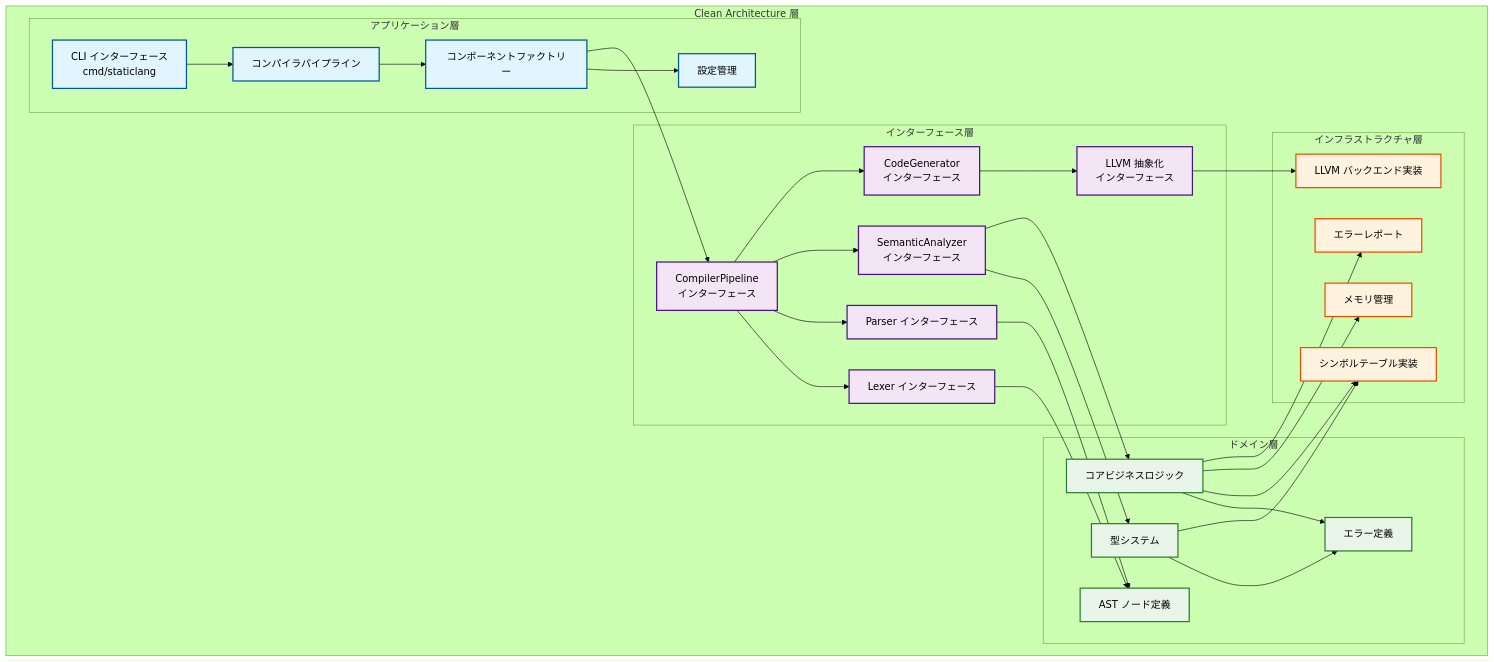
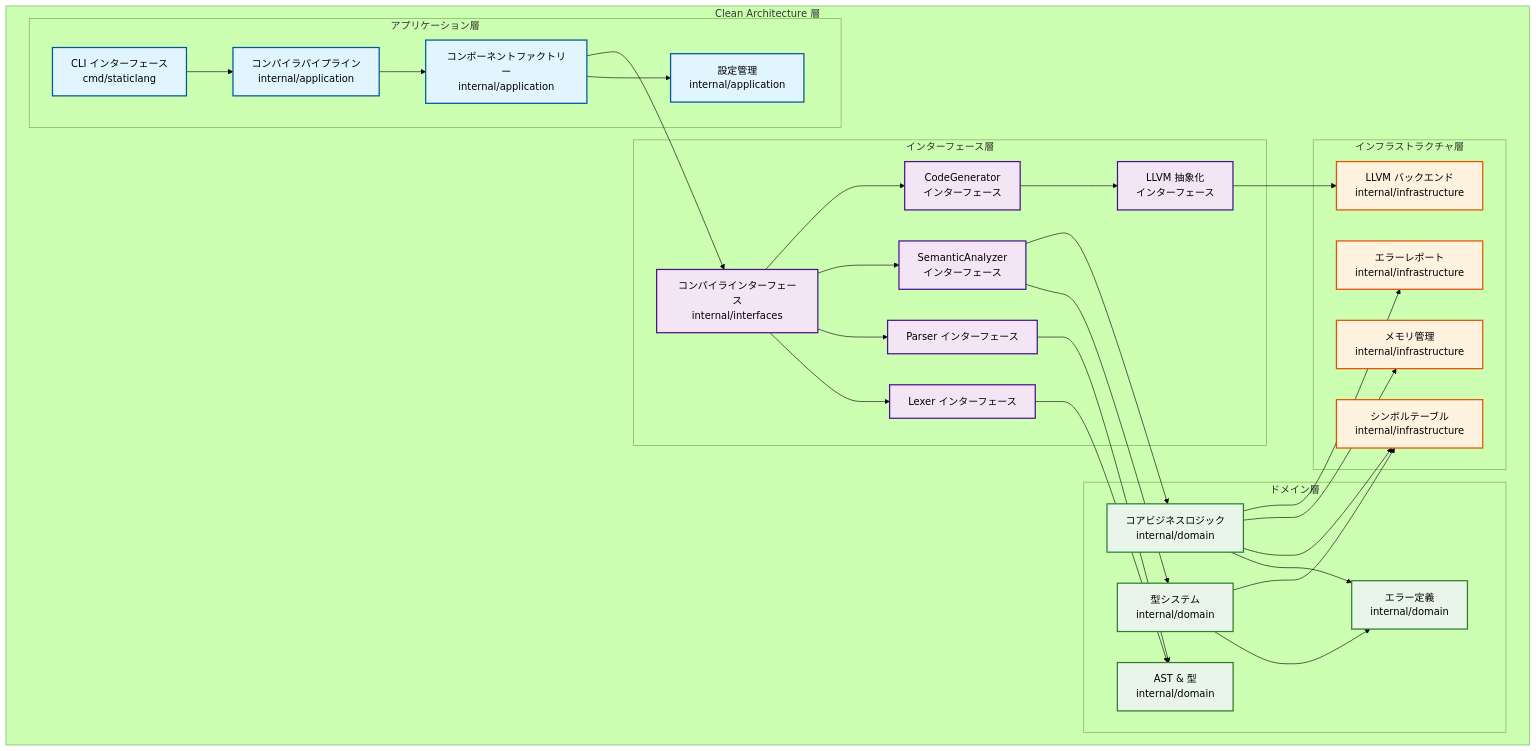
The first of 7 diagrams in ARCHITECTURE_jp.md (sokoide/llvm5), drawn with Mermaid (forest theme) before and after one commit. The commit also changed other lines of this file and 1 other file, not shown here.

Commit message:
update: ARCHITECTURE*.md

````diff
--- a/ARCHITECTURE_jp.md
+++ b/ARCHITECTURE_jp.md
@@ -9,70 +9,70 @@
 ```mermaid
 graph TB
     subgraph "Clean Architecture 層"
 
         subgraph "アプリケーション層"
             CLI["CLI インターフェース<br/>cmd/staticlang"]
-            Pipeline["コンパイラパイプライン"]
-            Factory["コンポーネントファクトリー"]
-            Config["設定管理"]
+            Pipeline["コンパイラパイプライン<br/>internal/application"]
+            Factory["コンポーネントファクトリー<br/>internal/application"]
+            Config["設定管理<br/>internal/application"]
         end
 
         subgraph "インターフェース層"
-            CompilerIntf["CompilerPipeline<br/>インターフェース"]
+            CompilerIntf["コンパイラインターフェース<br/>internal/interfaces"]
             LexerIntf["Lexer インターフェース"]
             ParserIntf["Parser インターフェース"]
             AnalyzerIntf["SemanticAnalyzer<br/>インターフェース"]
             GeneratorIntf["CodeGenerator<br/>インターフェース"]
             LLVMIntf["LLVM 抽象化<br/>インターフェース"]
         end
 
         subgraph "ドメイン層"
-            AST["AST ノード定義"]
-            TypeSystem["型システム"]
-            BusinessLogic["コアビジネスロジック"]
-            ErrorDefs["エラー定義"]
+            AST["AST & 型<br/>internal/domain"]
+            TypeSystem["型システム<br/>internal/domain"]
+            BusinessLogic["コアビジネスロジック<br/>internal/domain"]
+            ErrorDefs["エラー定義<br/>internal/domain"]
         end
 
         subgraph "インフラストラクチャ層"
-            LLVMBackend["LLVM バックエンド実装"]
-            SymbolTable["シンボルテーブル実装"]
-            MemoryMgr["メモリ管理"]
-            ErrorReporter["エラーレポート"]
+            LLVMBackend["LLVM バックエンド<br/>internal/infrastructure"]
+            SymbolTable["シンボルテーブル<br/>internal/infrastructure"]
+            MemoryMgr["メモリ管理<br/>internal/infrastructure"]
+            ErrorReporter["エラーレポート<br/>internal/infrastructure"]
         end
 
         CLI --> Pipeline
         Pipeline --> Factory
         Factory --> Config
 
         Factory --> CompilerIntf
         CompilerIntf --> LexerIntf
         CompilerIntf --> ParserIntf
         CompilerIntf --> AnalyzerIntf
         CompilerIntf --> GeneratorIntf
 
         LexerIntf --> AST
         ParserIntf --> AST
         AnalyzerIntf --> TypeSystem
         AnalyzerIntf --> BusinessLogic
         GeneratorIntf --> LLVMIntf
 
         TypeSystem --> ErrorDefs
         BusinessLogic --> ErrorDefs
 
         LLVMIntf --> LLVMBackend
         TypeSystem --> SymbolTable
         BusinessLogic --> SymbolTable
         BusinessLogic --> MemoryMgr
         BusinessLogic --> ErrorReporter
 
         classDef applicationLayer fill:#e1f5fe,stroke:#01579b,stroke-width:2px
         classDef interfaceLayer fill:#f3e5f5,stroke:#4a148c,stroke-width:2px
         classDef domainLayer fill:#e8f5e8,stroke:#2e7d32,stroke-width:2px
         classDef infrastructureLayer fill:#fff3e0,stroke:#e65100,stroke-width:2px
 
         class CLI,Pipeline,Factory,Config applicationLayer
         class CompilerIntf,LexerIntf,ParserIntf,AnalyzerIntf,GeneratorIntf,LLVMIntf interfaceLayer
         class AST,TypeSystem,BusinessLogic,ErrorDefs domainLayer
         class LLVMBackend,SymbolTable,MemoryMgr,ErrorReporter infrastructureLayer
     end
 ```
````
